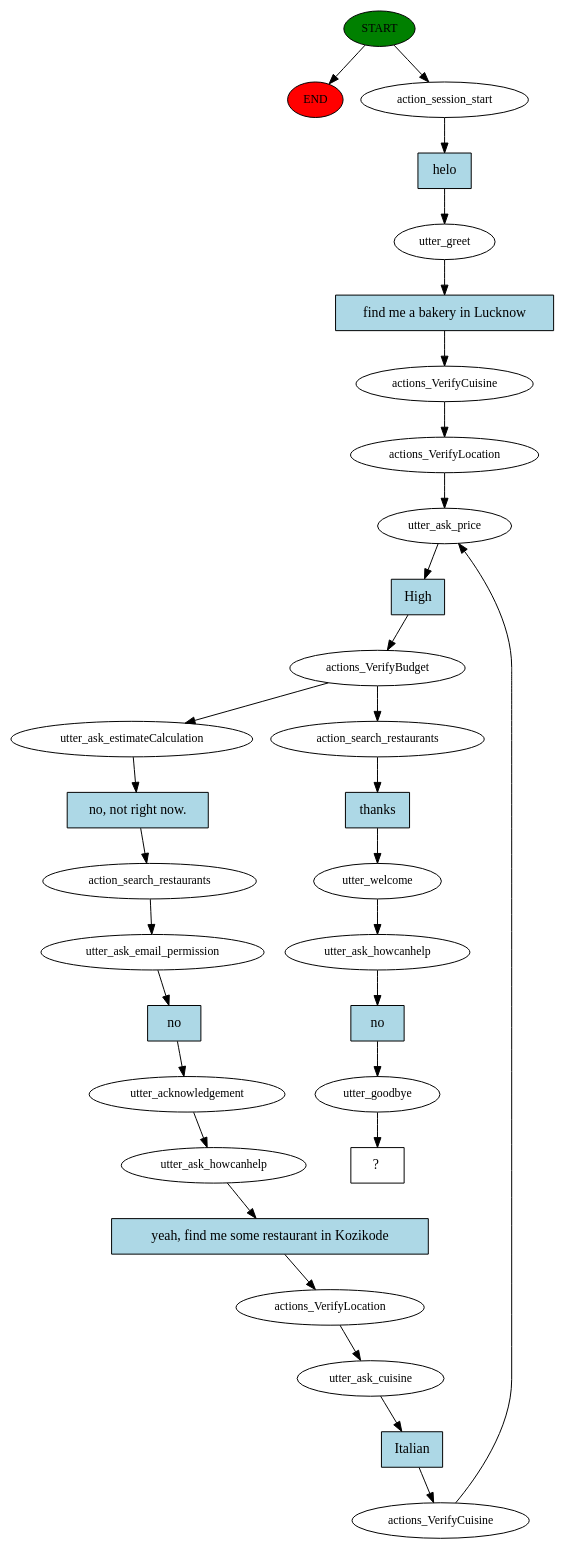
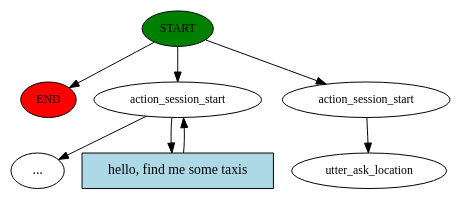
The diagram in story_graph.dot (4nshuman/Foodie_chatbot), drawn with Graphviz before and after one commit. The commit also changed 14 other files, not shown here.

```diff
--- a/story_graph.dot
+++ b/story_graph.dot
@@ -1,62 +1,16 @@
 digraph  {
 0 [class="start active", fillcolor=green, fontsize=12, label=START, style=filled];
 "-1" [class=end, fillcolor=red, fontsize=12, label=END, style=filled];
-1 [class=active, fontsize=12, label=action_session_start];
-2 [class=active, fontsize=12, label=utter_greet];
-3 [class=active, fontsize=12, label=actions_VerifyCuisine];
-4 [class=active, fontsize=12, label=actions_VerifyLocation];
-5 [class=active, fontsize=12, label=utter_ask_price];
-6 [class=active, fontsize=12, label=actions_VerifyBudget];
-7 [class=active, fontsize=12, label=utter_ask_estimateCalculation];
-8 [class=active, fontsize=12, label=action_search_restaurants];
-9 [class=active, fontsize=12, label=utter_ask_email_permission];
-10 [class=active, fontsize=12, label=utter_acknowledgement];
-11 [class=active, fontsize=12, label=utter_ask_howcanhelp];
-12 [class=active, fontsize=12, label=actions_VerifyLocation];
-13 [class=active, fontsize=12, label=utter_ask_cuisine];
-14 [class=active, fontsize=12, label=actions_VerifyCuisine];
-17 [class=active, fontsize=12, label=action_search_restaurants];
-18 [class=active, fontsize=12, label=utter_welcome];
-19 [class=active, fontsize=12, label=utter_ask_howcanhelp];
-20 [class=active, fontsize=12, label=utter_goodbye];
-21 [class="intent dashed active", label="  ?  ", shape=rect];
-22 [class="intent active", fillcolor=lightblue, label=helo, shape=rect, style=filled];
-23 [class="intent active", fillcolor=lightblue, label="find me a bakery in Lucknow", shape=rect, style=filled];
-24 [class="intent active", fillcolor=lightblue, label=High, shape=rect, style=filled];
-25 [class="intent active", fillcolor=lightblue, label="no, not right now.", shape=rect, style=filled];
-26 [class="intent active", fillcolor=lightblue, label=no, shape=rect, style=filled];
-27 [class="intent active", fillcolor=lightblue, label="yeah, find me some restaurant in Kozikode", shape=rect, style=filled];
-28 [class="intent active", fillcolor=lightblue, label=Italian, shape=rect, style=filled];
-29 [class="intent active", fillcolor=lightblue, label=thanks, shape=rect, style=filled];
-30 [class="intent active", fillcolor=lightblue, label=no, shape=rect, style=filled];
+1 [class="", fontsize=12, label=action_session_start];
+"-3" [class=ellipsis, label="..."];
+3 [class=active, fontsize=12, label=action_session_start];
+4 [class="dashed active", fontsize=12, label=utter_ask_location];
+5 [class=intent, fillcolor=lightblue, label="hello, find me some taxis", shape=rect, style=filled];
 0 -> "-1"  [class="", key=NONE, label=""];
-0 -> 1  [class=active, key=NONE, label=""];
-1 -> 22  [class=active, key=0];
-2 -> 23  [class=active, key=0];
+0 -> 1  [class="", key=NONE, label=""];
+0 -> 3  [class=active, key=NONE, label=""];
+1 -> "-3"  [class="", key=NONE, label=""];
+1 -> 5  [class="", key=0];
 3 -> 4  [class=active, key=NONE, label=""];
-4 -> 5  [class=active, key=NONE, label=""];
-5 -> 24  [class=active, key=0];
-6 -> 7  [class=active, key=NONE, label=""];
-6 -> 17  [class=active, key=NONE, label=""];
-7 -> 25  [class=active, key=0];
-8 -> 9  [class=active, key=NONE, label=""];
-9 -> 26  [class=active, key=0];
-10 -> 11  [class=active, key=NONE, label=""];
-11 -> 27  [class=active, key=0];
-12 -> 13  [class=active, key=NONE, label=""];
-13 -> 28  [class=active, key=0];
-14 -> 5  [class=active, key=NONE, label=""];
-17 -> 29  [class=active, key=0];
-18 -> 19  [class=active, key=NONE, label=""];
-19 -> 30  [class=active, key=0];
-20 -> 21  [class=active, key=NONE, label=""];
-22 -> 2  [class=active, key=0];
-23 -> 3  [class=active, key=0];
-24 -> 6  [class=active, key=0];
-25 -> 8  [class=active, key=0];
-26 -> 10  [class=active, key=0];
-27 -> 12  [class=active, key=0];
-28 -> 14  [class=active, key=0];
-29 -> 18  [class=active, key=0];
-30 -> 20  [class=active, key=0];
+5 -> 1  [class="", key=0];
 }
```
